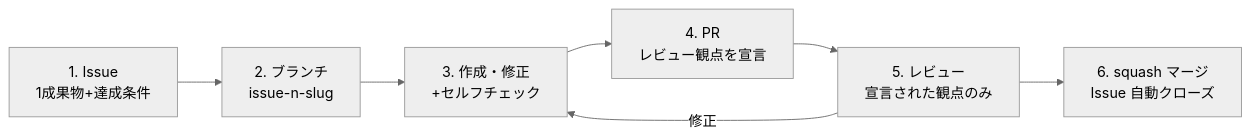
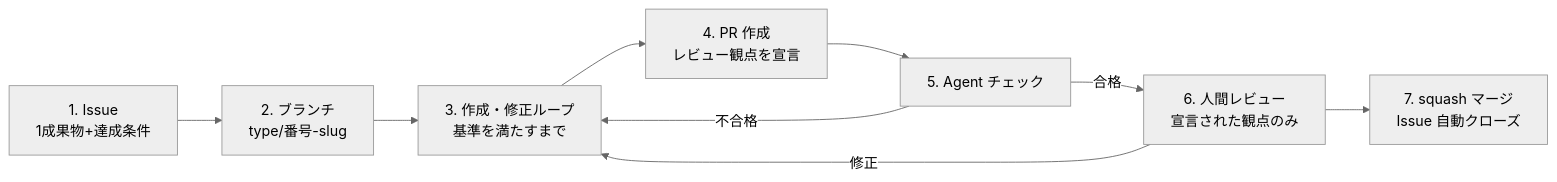
The diagram in conventions/authoring-process.md (KazumaOchiaiDev/ai-docs-lab), drawn with Mermaid (neutral theme) before and after one commit. The commit also changed other lines of this file, not shown here.

First line of the commit message:
レビュー反映: ブランチ type 導入・作成修正ループ・Agent チェック段階（v0.2）

````diff
--- a/conventions/authoring-process.md
+++ b/conventions/authoring-process.md
@@ -9,9 +9,11 @@
 ```mermaid
 graph LR
-    I["1. Issue<br>1成果物+達成条件"] --> B["2. ブランチ<br>issue-n-slug"]
-    B --> D["3. 作成・修正<br>+セルフチェック"]
-    D --> P["4. PR<br>レビュー観点を宣言"]
-    P --> R["5. レビュー<br>宣言された観点のみ"]
-    R -->|修正| D
-    R --> M["6. squash マージ<br>Issue 自動クローズ"]
+    I["1. Issue<br>1成果物+達成条件"] --> B["2. ブランチ<br>type/番号-slug"]
+    B --> L["3. 作成・修正ループ<br>基準を満たすまで"]
+    L --> P["4. PR 作成<br>レビュー観点を宣言"]
+    P --> A["5. Agent チェック"]
+    A -->|不合格| L
+    A -->|合格| R["6. 人間レビュー<br>宣言された観点のみ"]
+    R -->|修正| L
+    R --> M["7. squash マージ<br>Issue 自動クローズ"]
 ```
````
